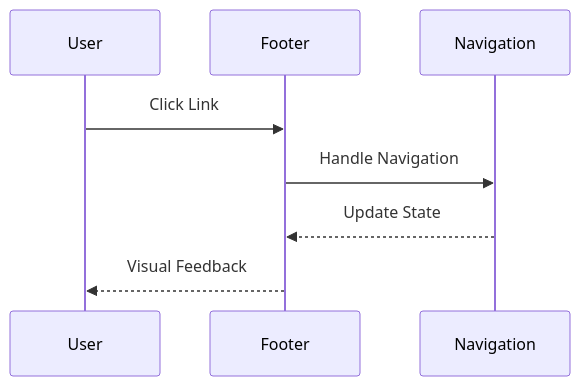
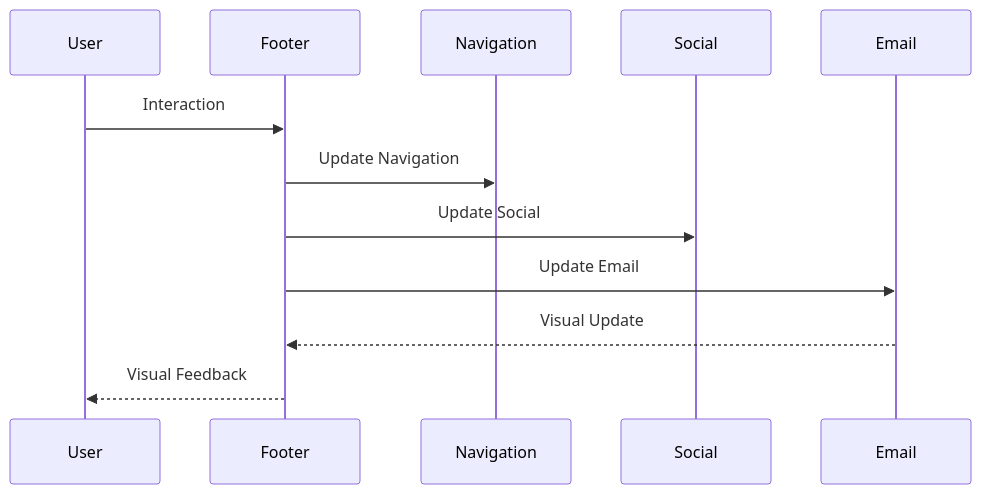
The second of 3 diagrams in DOCS/components/layout/Footer.md (gedeza/thrive-send), drawn with Mermaid before and after one commit. The commit also changed other lines of this file and 25 other files, not shown here.

````diff
--- a/DOCS/components/layout/Footer.md
+++ b/DOCS/components/layout/Footer.md
@@ -23,11 +38,15 @@
 ```mermaid
 sequenceDiagram
     participant U as User
     participant F as Footer
     participant N as Navigation
+    participant S as Social
+    participant E as Email
     
-    U->>F: Click Link
-    F->>N: Handle Navigation
-    N-->>F: Update State
+    U->>F: Interaction
+    F->>N: Update Navigation
+    F->>S: Update Social
+    F->>E: Update Email
+    E-->>F: Visual Update
     F-->>U: Visual Feedback
 ```
````
